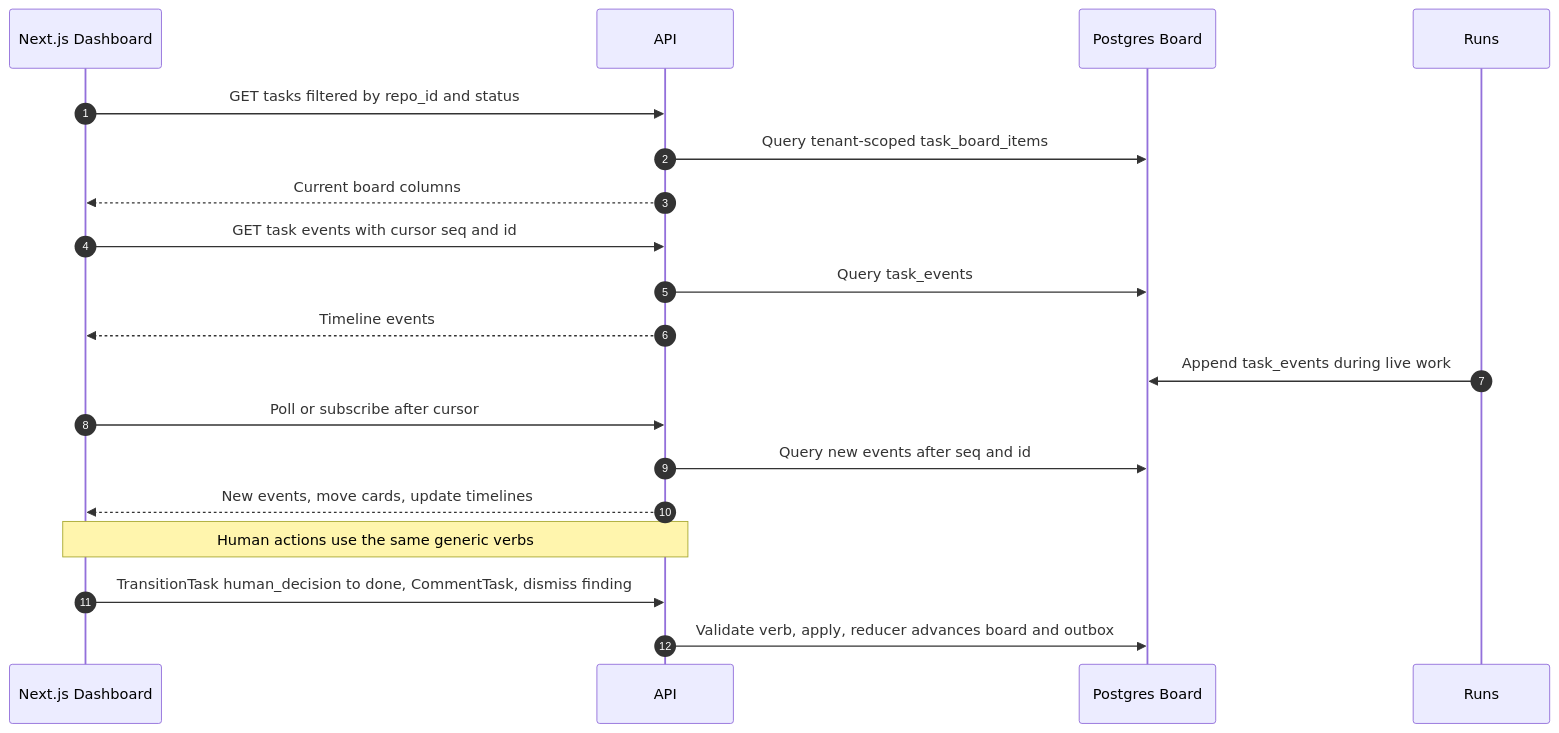
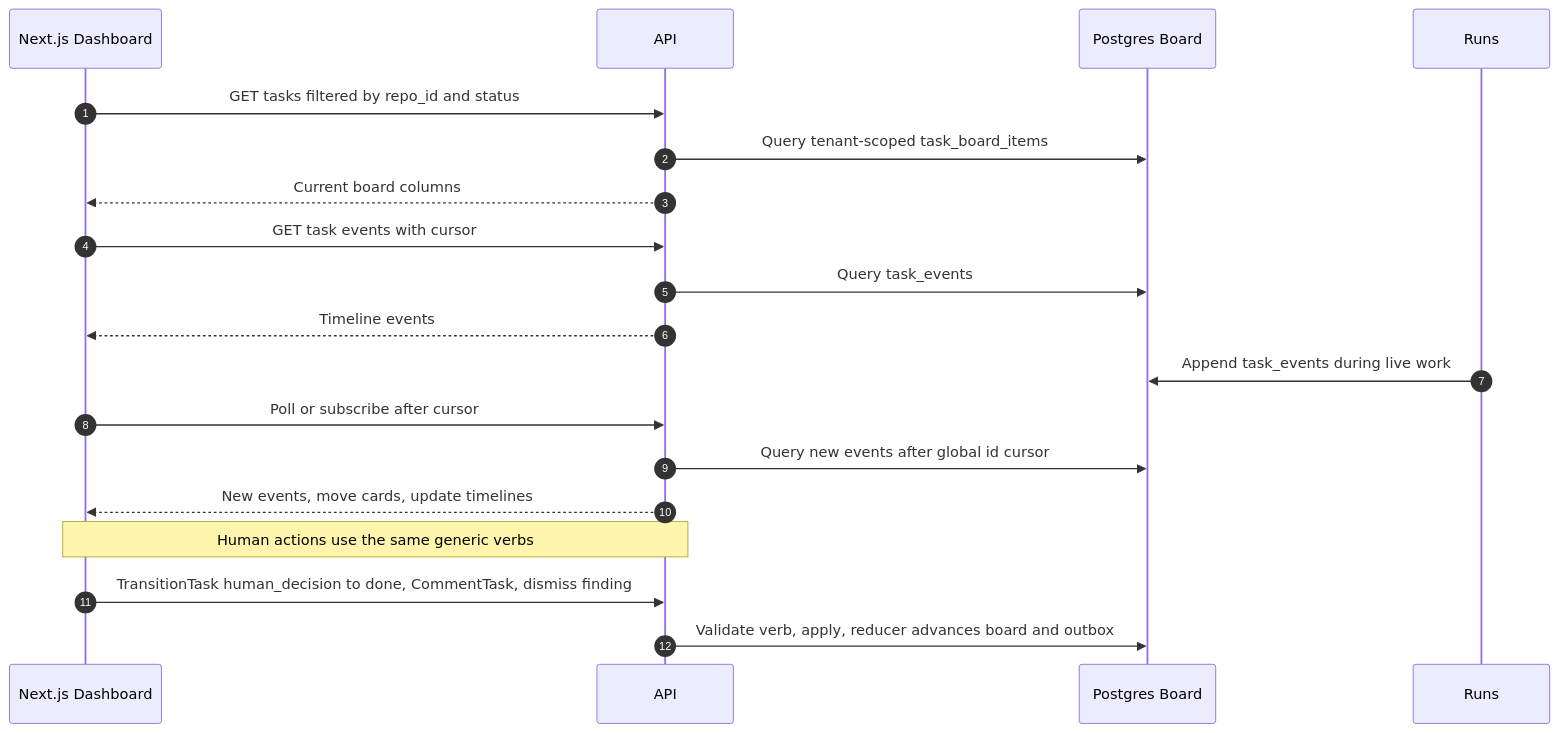
One commit to keon/jina-context-wiki-e2e-20260808 changed the ninth of 9 diagrams in docs/SEQUENCE_DIAGRAM.md. Above: the diagram before and after it, drawn with Mermaid. The commit also changed other lines of this file and 28 other files, not shown here.

````diff
--- a/docs/SEQUENCE_DIAGRAM.md
+++ b/docs/SEQUENCE_DIAGRAM.md
@@ -281,21 +274,21 @@
 ```mermaid
 sequenceDiagram
     autonumber
     participant UI as Next.js Dashboard
     participant API
     participant Board as Postgres Board
     participant Run as Runs
     UI->>API: GET tasks filtered by repo_id and status
     API->>Board: Query tenant-scoped task_board_items
     API-->>UI: Current board columns
-    UI->>API: GET task events with cursor seq and id
+    UI->>API: GET task events with cursor
     API->>Board: Query task_events
     API-->>UI: Timeline events
     Run->>Board: Append task_events during live work
     UI->>API: Poll or subscribe after cursor
-    API->>Board: Query new events after seq and id
+    API->>Board: Query new events after global id cursor
     API-->>UI: New events, move cards, update timelines
     note over UI,API: Human actions use the same generic verbs
     UI->>API: TransitionTask human_decision to done, CommentTask, dismiss finding
     API->>Board: Validate verb, apply, reducer advances board and outbox
 ```
````
